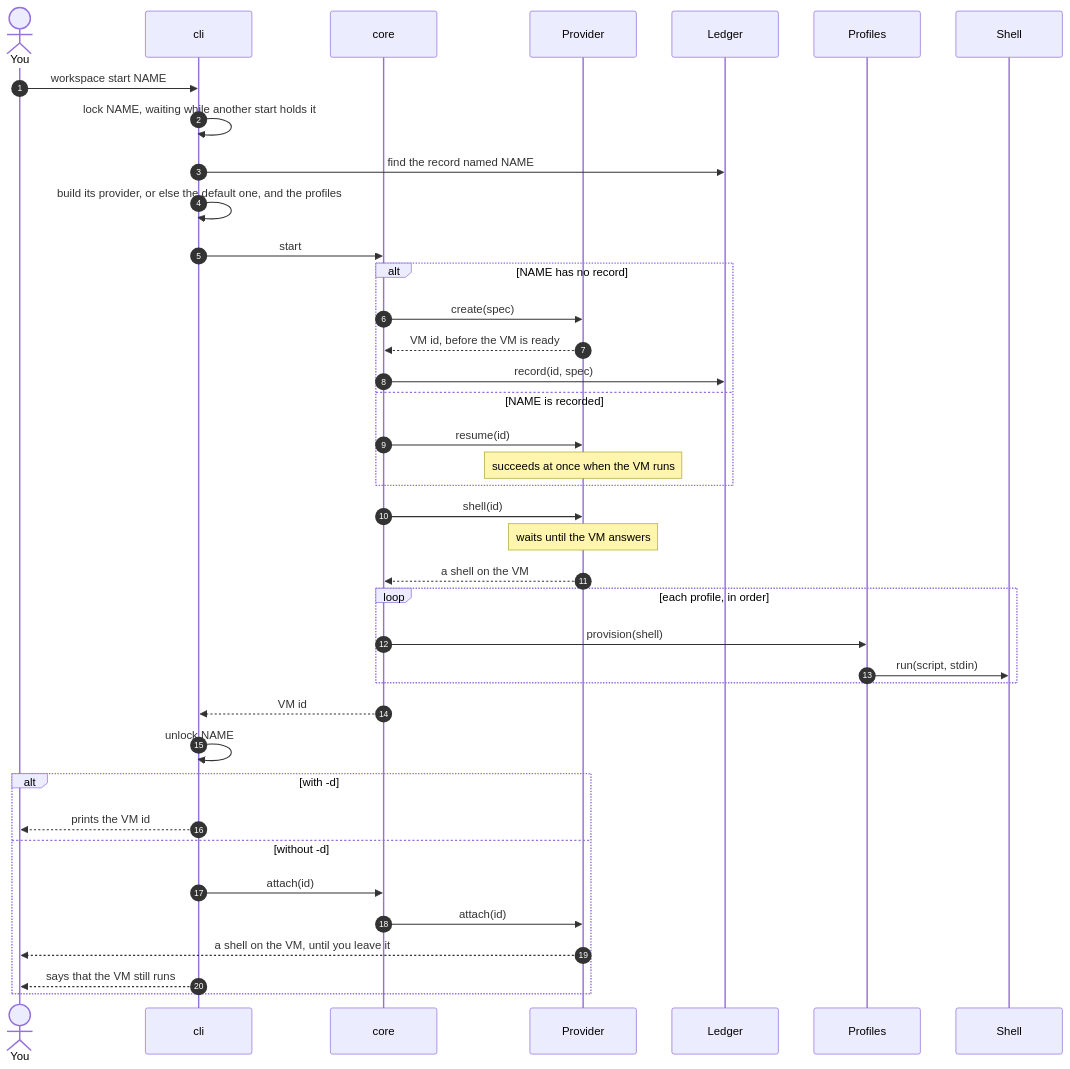
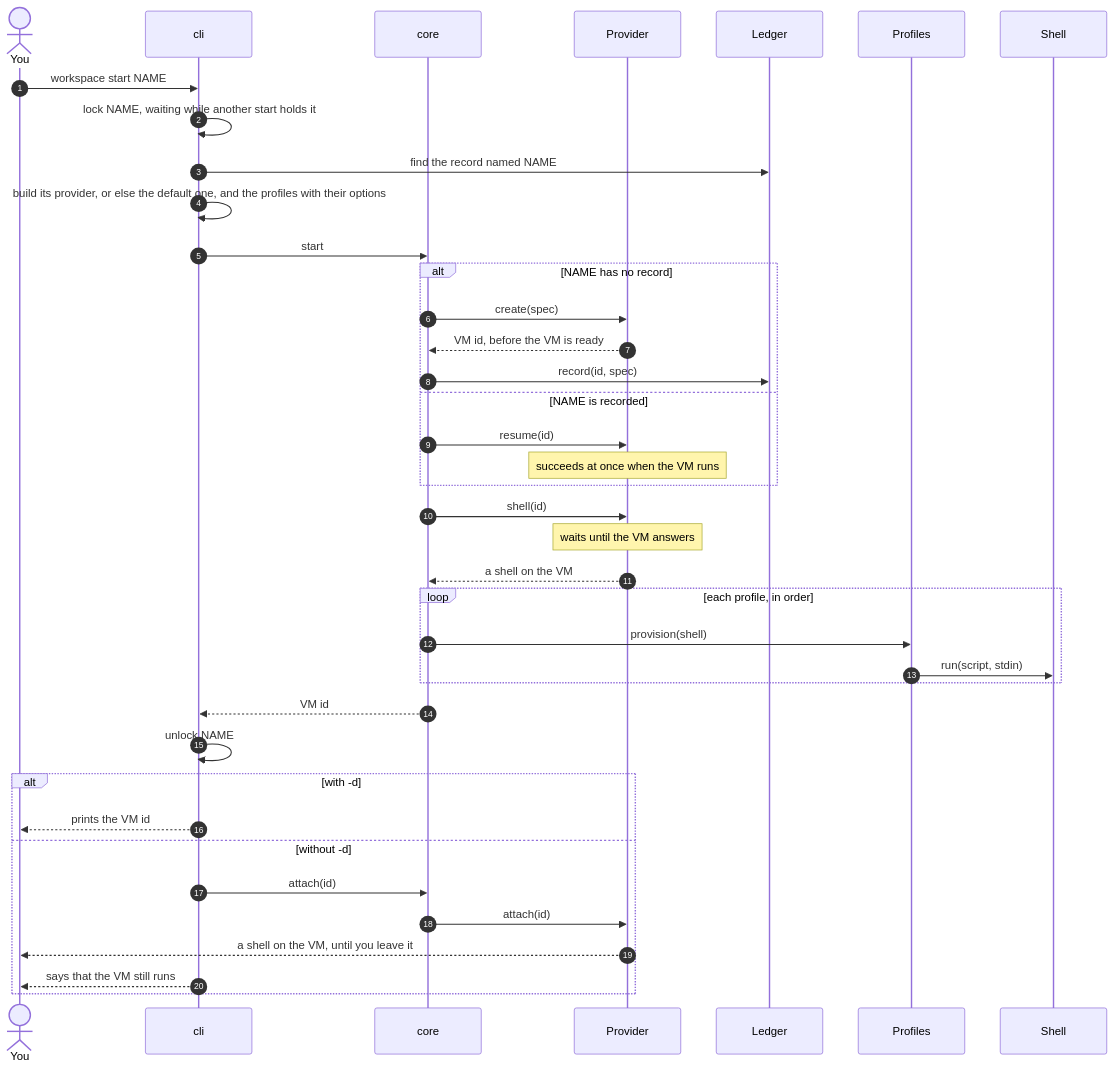
The third of 6 diagrams in docs/architecture.md (NextNodeSolutions/workspace), drawn with Mermaid before and after one commit. The commit also changed other lines of this file and 23 other files, not shown here.

````diff
--- a/docs/architecture.md
+++ b/docs/architecture.md
@@ -63,41 +63,41 @@
 ```mermaid
 sequenceDiagram
     autonumber
     actor You
     participant CLI as cli
     participant Core as core
     participant P as Provider
     participant L as Ledger
     participant Pr as Profiles
     participant S as Shell
     You->>CLI: workspace start NAME
     CLI->>CLI: lock NAME, waiting while another start holds it
     CLI->>L: find the record named NAME
-    CLI->>CLI: build its provider, or else the default one, and the profiles
+    CLI->>CLI: build its provider, or else the default one, and the profiles with their options
     CLI->>Core: start
     alt NAME has no record
         Core->>P: create(spec)
         P-->>Core: VM id, before the VM is ready
         Core->>L: record(id, spec)
     else NAME is recorded
         Core->>P: resume(id)
         Note over P: succeeds at once when the VM runs
     end
     Core->>P: shell(id)
     Note over P: waits until the VM answers
     P-->>Core: a shell on the VM
     loop each profile, in order
         Core->>Pr: provision(shell)
         Pr->>S: run(script, stdin)
     end
     Core-->>CLI: VM id
     CLI->>CLI: unlock NAME
     alt with -d
         CLI-->>You: prints the VM id
     else without -d
         CLI->>Core: attach(id)
         Core->>P: attach(id)
         P-->>You: a shell on the VM, until you leave it
         CLI-->>You: says that the VM still runs
     end
 ```
````
